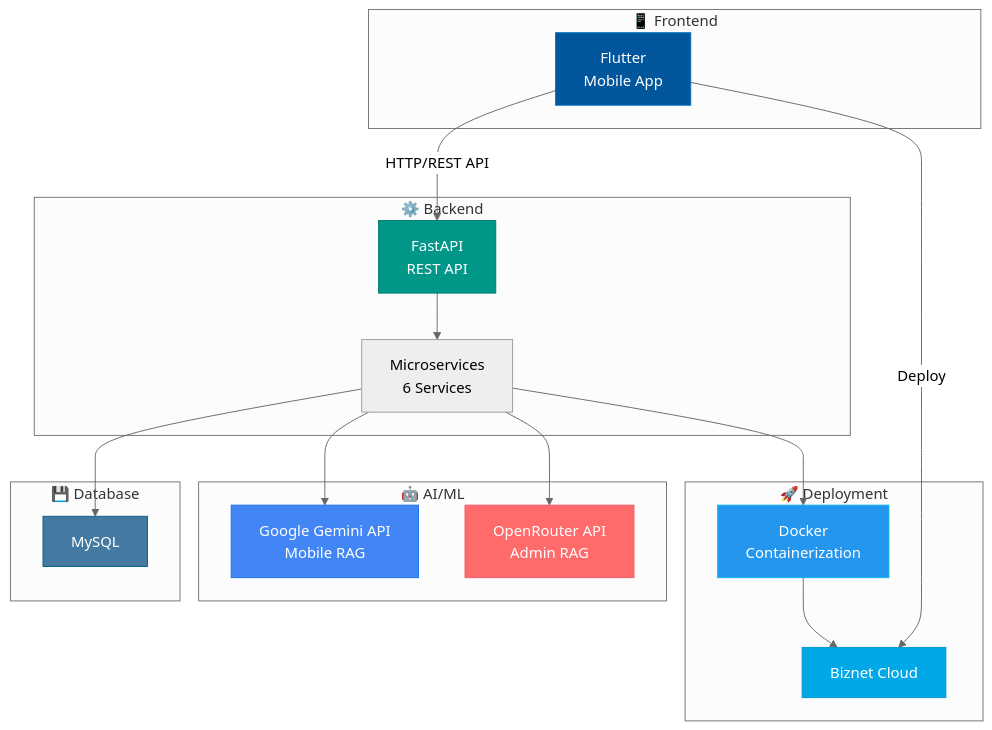
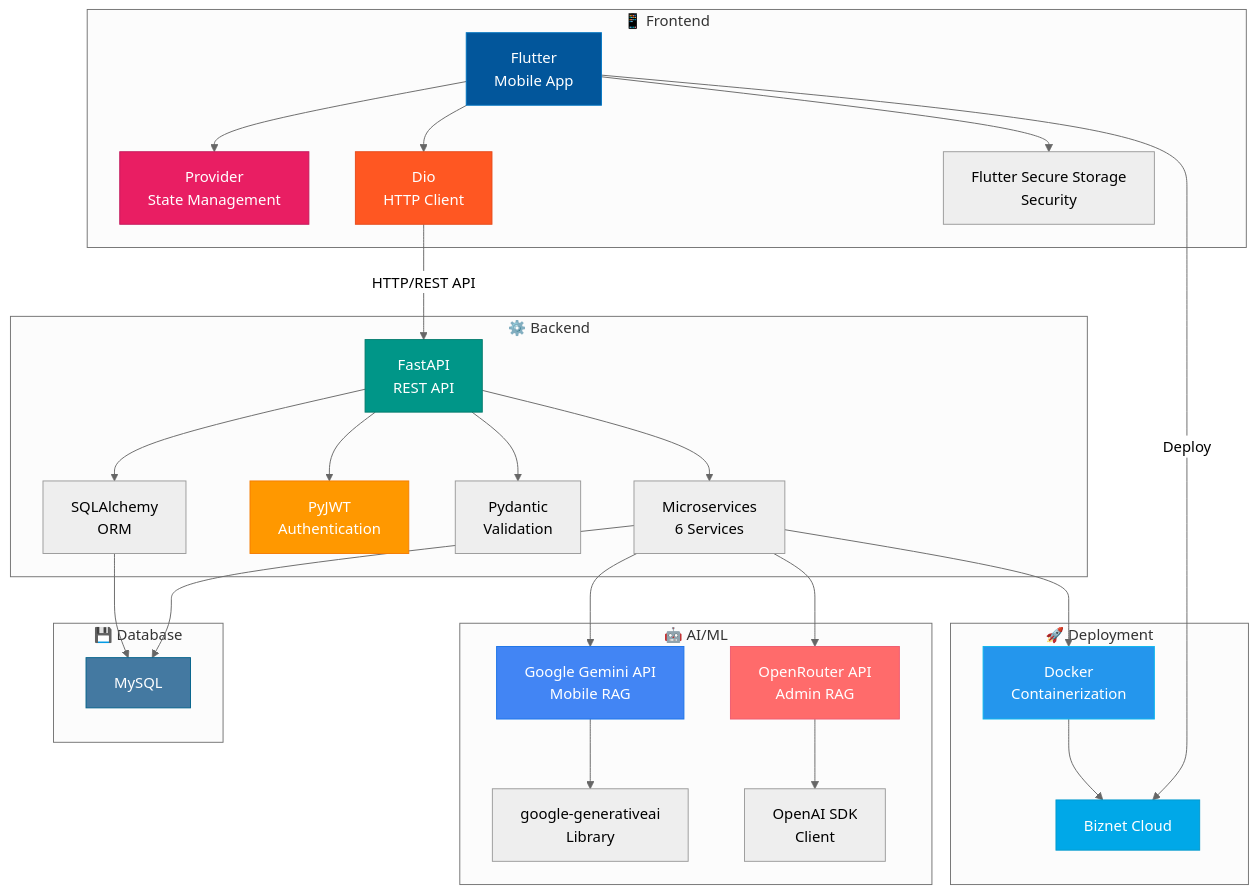
One commit to R26raihan/healthkaton2025 changed the fourth of 8 diagrams in README.md. Above: the diagram before and after it, drawn with Mermaid (neutral theme).

Commit message:
Enhance README.md architecture diagram by adding new components for state management, HTTP client, and security in the frontend, as well as ORM and authentication in the backend. Update relationships to reflect these additions and improve overall clarity.

````diff
--- a/README.md
+++ b/README.md
@@ -397,43 +397,66 @@
 ```mermaid
 graph TB
     subgraph Frontend["📱 Frontend"]
         Flutter["Flutter<br/>Mobile App"]
+        Provider["Provider<br/>State Management"]
+        Dio["Dio<br/>HTTP Client"]
+        SecureStorage["Flutter Secure Storage<br/>Security"]
     end
     
     subgraph Backend["⚙️ Backend"]
         FastAPI["FastAPI<br/>REST API"]
+        SQLAlchemy["SQLAlchemy<br/>ORM"]
+        PyJWT["PyJWT<br/>Authentication"]
+        Pydantic["Pydantic<br/>Validation"]
         Microservices["Microservices<br/>6 Services"]
     end
     
     subgraph Database["💾 Database"]
         MySQL["MySQL"]
     end
     
     subgraph AI["🤖 AI/ML"]
         GeminiAPI["Google Gemini API<br/>Mobile RAG"]
+        GoogleGenAI["google-generativeai<br/>Library"]
         OpenRouter["OpenRouter API<br/>Admin RAG"]
+        OpenAI["OpenAI SDK<br/>Client"]
     end
     
     subgraph Deployment["🚀 Deployment"]
         Docker["Docker<br/>Containerization"]
         Biznet["Biznet Cloud"]
     end
     
-    Flutter -->|HTTP/REST API| FastAPI
+    Flutter --> Provider
+    Flutter --> Dio
+    Flutter --> SecureStorage
+    Dio -->|HTTP/REST API| FastAPI
+    
+    FastAPI --> SQLAlchemy
+    FastAPI --> PyJWT
+    FastAPI --> Pydantic
     FastAPI --> Microservices
+    
+    SQLAlchemy --> MySQL
     Microservices --> MySQL
+    
     Microservices --> GeminiAPI
     Microservices --> OpenRouter
+    GeminiAPI --> GoogleGenAI
+    OpenRouter --> OpenAI
     
     Microservices --> Docker
     Docker --> Biznet
     Flutter -->|Deploy| Biznet
     
     style Flutter fill:#02569B,stroke:#0175C2,color:#fff
     style FastAPI fill:#009688,stroke:#00796B,color:#fff
     style MySQL fill:#4479A1,stroke:#00618A,color:#fff
     style GeminiAPI fill:#4285F4,stroke:#1A73E8,color:#fff
     style OpenRouter fill:#FF6B6B,stroke:#EE5A6F,color:#fff
     style Docker fill:#2496ED,stroke:#0db7ed,color:#fff
     style Biznet fill:#00A8E8,stroke:#0099CC,color:#fff
+    style Provider fill:#E91E63,stroke:#C2185B,color:#fff
+    style Dio fill:#FF5722,stroke:#E64A19,color:#fff
+    style PyJWT fill:#FF9800,stroke:#F57C00,color:#fff
 ```
````
